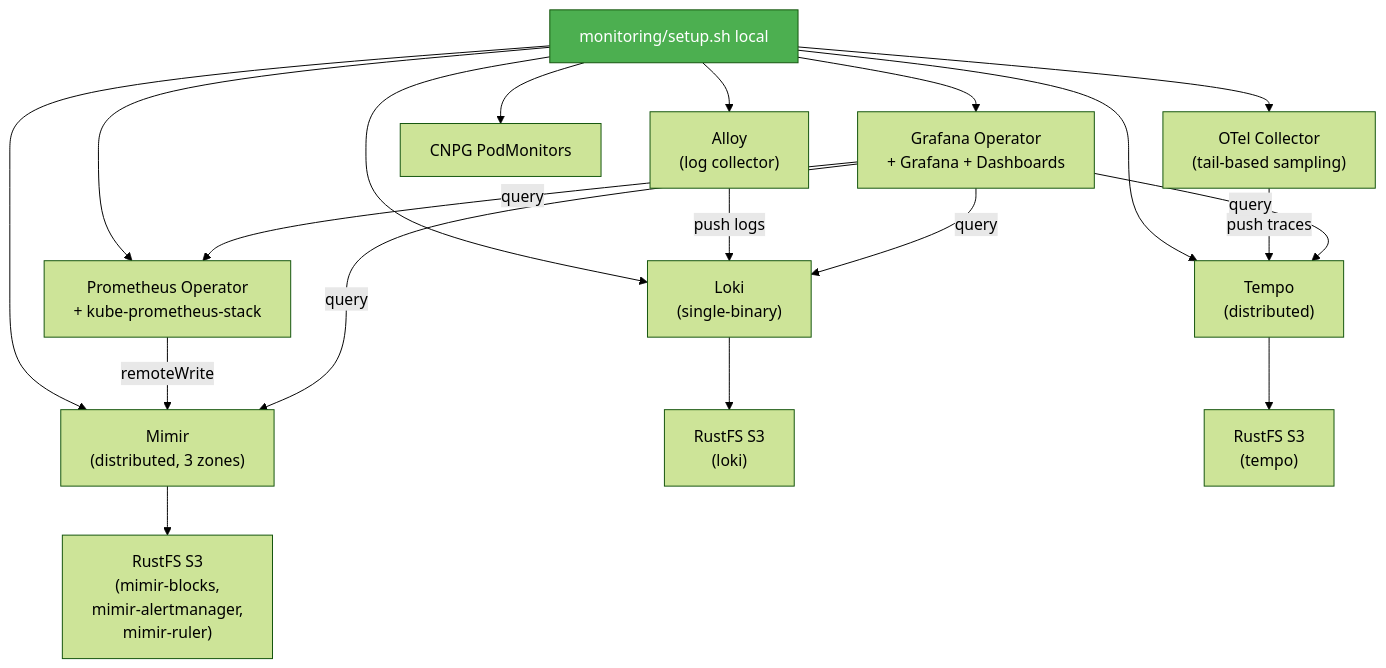
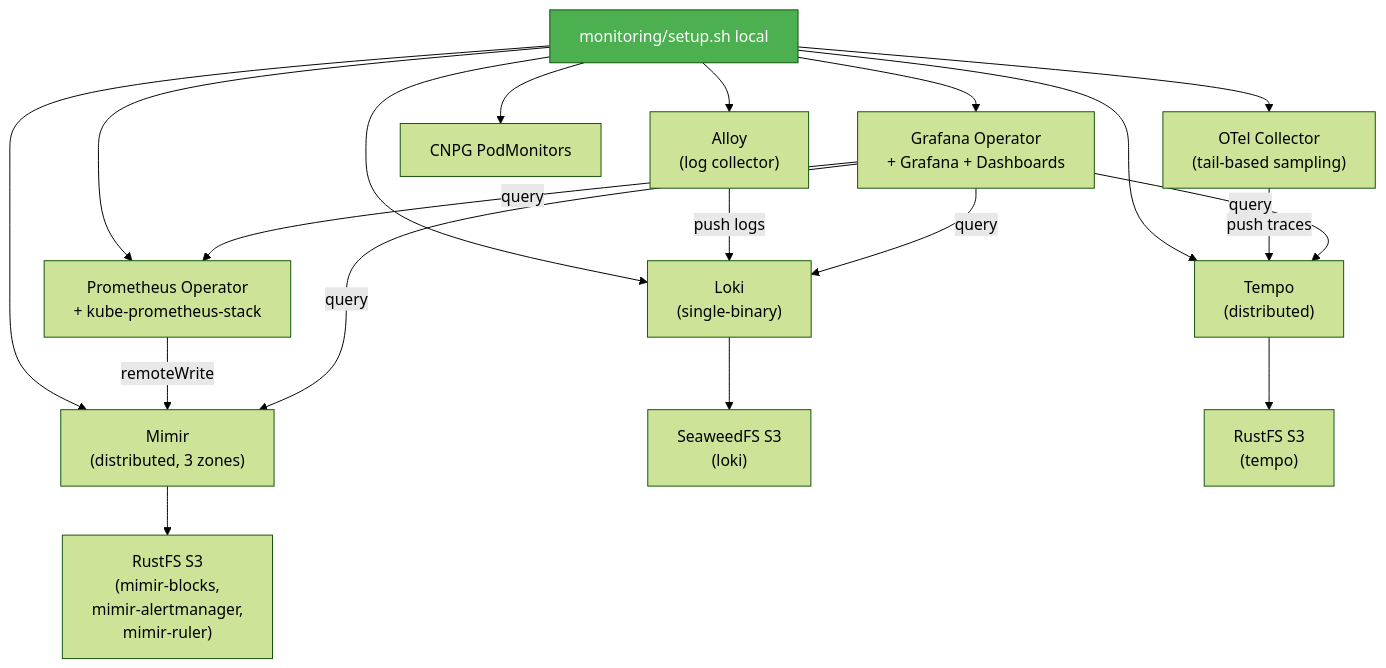
Before and after one commit to rmlandvreugd/cnpg-playground: the fourth of 9 diagrams in docs/architecture-overview.md, drawn with Mermaid (forest theme). The commit also changed other lines of this file, not shown here.

Commit message:
refactor(docs): enhance architecture overview with SeaweedFS integration

````diff
--- a/docs/architecture-overview.md
+++ b/docs/architecture-overview.md
@@ -161,25 +169,25 @@
 ```mermaid
 flowchart TD
     M["monitoring/setup.sh local"] --> M1["Prometheus Operator<br/>+ kube-prometheus-stack"]
     M --> M2["Mimir<br/>(distributed, 3 zones)"]
     M --> M3["Loki<br/>(single-binary)"]
     M --> M4["Tempo<br/>(distributed)"]
     M --> M5["Alloy<br/>(log collector)"]
     M --> M6["OTel Collector<br/>(tail-based sampling)"]
     M --> M7["Grafana Operator<br/>+ Grafana + Dashboards"]
     M --> M8["CNPG PodMonitors"]
 
     M2 --> S3A["RustFS S3<br/>(mimir-blocks,<br/>mimir-alertmanager,<br/>mimir-ruler)"]
-    M3 --> S3B["RustFS S3<br/>(loki)"]
+    M3 --> S3B["SeaweedFS S3<br/>(loki)"]
     M4 --> S3C["RustFS S3<br/>(tempo)"]
 
     M1 -->|remoteWrite| M2
     M5 -->|push logs| M3
     M6 -->|push traces| M4
     M7 -->|query| M1
     M7 -->|query| M2
     M7 -->|query| M3
     M7 -->|query| M4
 
     style M fill:#4CAF50,color:white
 ```
````
